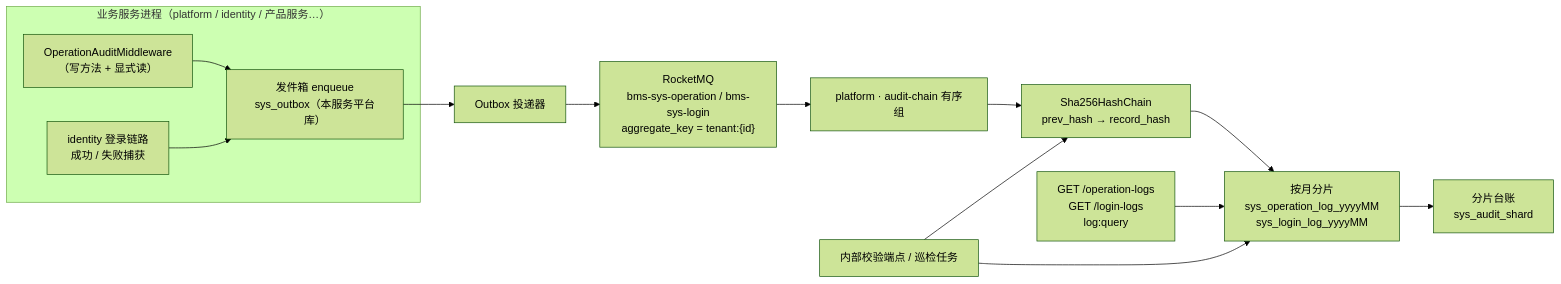
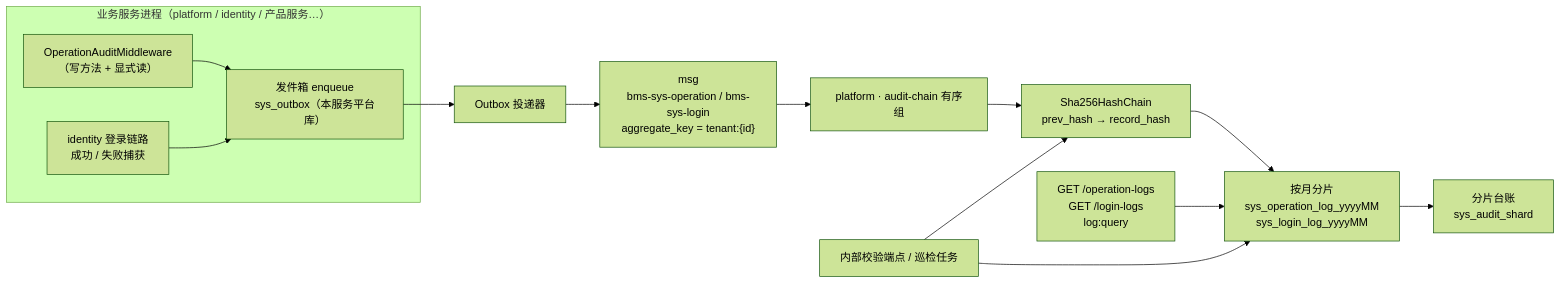
The diagram in bms文档/项目/08_通用能力/任务/06_日志与审计/06_日志与审计_01_操作日志与登录日志/设计/01_详细设计_06_01_操作日志与登录日志.md (minjian123/basic-management-system), drawn with Mermaid (forest theme) before and after one commit. The commit also changed other lines of this file and 118 other files, not shown here.

Commit message:
docs(bms): 全仓回写 RocketMQ 下线口径（知识档案标注 / 现役改写）

````diff
--- a/bms文档/项目/08_通用能力/任务/06_日志与审计/06_日志与审计_01_操作日志与登录日志/设计/01_详细设计_06_01_操作日志与登录日志.md
+++ b/bms文档/项目/08_通用能力/任务/06_日志与审计/06_日志与审计_01_操作日志与登录日志/设计/01_详细设计_06_01_操作日志与登录日志.md
@@ -40,16 +40,16 @@
 ```mermaid
 flowchart LR
     subgraph 业务服务["业务服务进程（platform / identity / 产品服务…）"]
         MW["OperationAuditMiddleware<br/>（写方法 + 显式读）"] --> ENQ["发件箱 enqueue<br/>sys_outbox（本服务平台库）"]
         LOGIN["identity 登录链路<br/>成功 / 失败捕获"] --> ENQ
     end
     ENQ --> DISP["Outbox 投递器"]
-    DISP --> MQ["RocketMQ<br/>bms-sys-operation / bms-sys-login<br/>aggregate_key = tenant:{id}"]
+    DISP --> MQ["msg<br/>bms-sys-operation / bms-sys-login<br/>aggregate_key = tenant:{id}"]
     MQ --> CON["platform · audit-chain 有序组"]
     CON --> CHAIN["Sha256HashChain<br/>prev_hash → record_hash"]
     CHAIN --> SHARD["按月分片<br/>sys_operation_log_yyyyMM<br/>sys_login_log_yyyyMM"]
     SHARD --> LEDGER["分片台账<br/>sys_audit_shard"]
     API["GET /operation-logs<br/>GET /login-logs<br/>log:query"] --> SHARD
     VERIFY["内部校验端点 / 巡检任务"] --> CHAIN
     VERIFY --> SHARD
 ```
````
